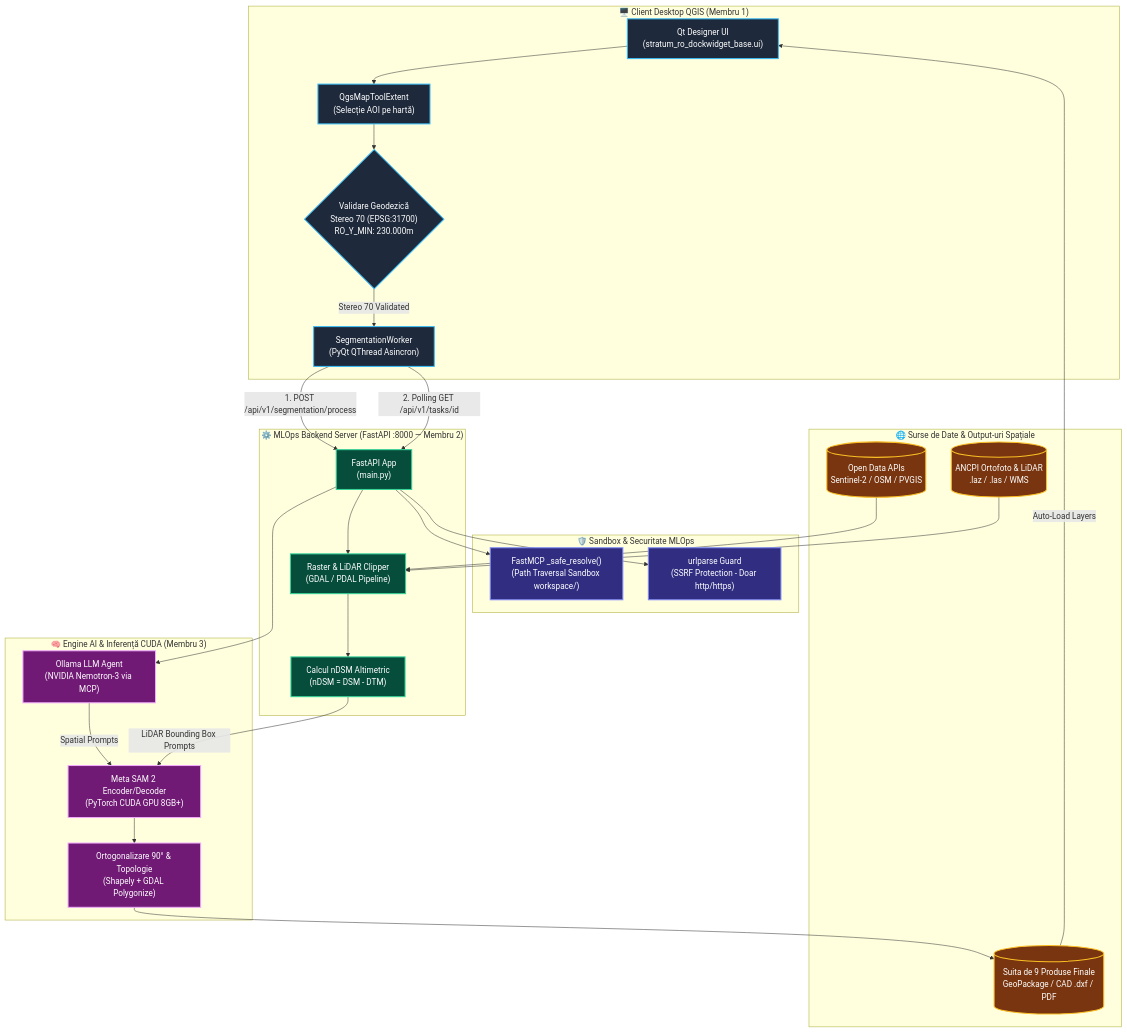
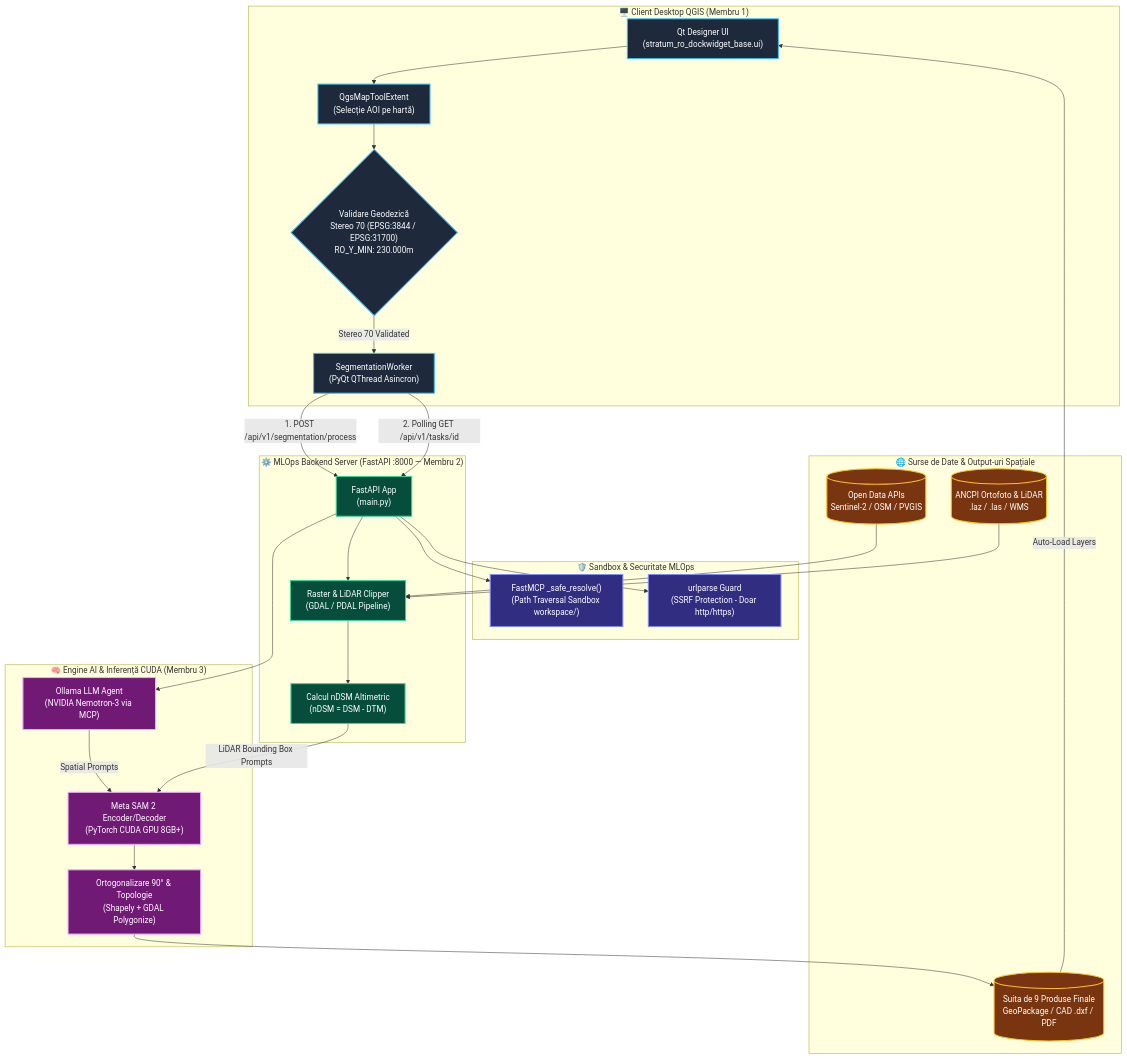
The first of 3 diagrams in docs/readme.md (lefterpatrickandrei-sketch/StratumRO-QGIS), drawn with Mermaid before and after one commit. The commit also changed other lines of this file, not shown here.

Commit message:
docs: actualizare diagrame, exemple cod, TOC si contract API pentru Stereo 70 dual si 3D Marea Neagra

````diff
--- a/docs/readme.md
+++ b/docs/readme.md
@@ -577,65 +589,65 @@
 ```mermaid
 flowchart TB
     classDef clientStyle fill:#1e293b,stroke:#38bdf8,stroke-width:2px,color:#fff;
     classDef mcpStyle fill:#312e81,stroke:#818cf8,stroke-width:2px,color:#fff;
     classDef backendStyle fill:#064e3b,stroke:#34d399,stroke-width:2px,color:#fff;
     classDef aiStyle fill:#701a75,stroke:#f0abfc,stroke-width:2px,color:#fff;
     classDef dbStyle fill:#78350f,stroke:#fbbf24,stroke-width:2px,color:#fff;
 
     subgraph CLIENT ["🖥️ Client Desktop QGIS (Membru 1)"]
         UI["Qt Designer UI<br/>(stratum_ro_dockwidget_base.ui)"]
         MapTool["QgsMapToolExtent<br/>(Selecție AOI pe hartă)"]
-        GeoCheck{"Validare Geodezică<br/>Stereo 70 (EPSG:31700)<br/>RO_Y_MIN: 230.000m"}
+        GeoCheck{"Validare Geodezică<br/>Stereo 70 (EPSG:3844 / EPSG:31700)<br/>RO_Y_MIN: 230.000m"}
         Worker["SegmentationWorker<br/>(PyQt QThread Asincron)"]
         
         UI --> MapTool
         MapTool --> GeoCheck
         GeoCheck -->|Stereo 70 Validated| Worker
     end
 
     subgraph SECURITY ["🛡️ Sandbox & Securitate MLOps"]
         SafeResolve["FastMCP _safe_resolve()<br/>(Path Traversal Sandbox workspace/)"]
         SSRFGuard["urlparse Guard<br/>(SSRF Protection - Doar http/https)"]
     end
 
     subgraph BACKEND ["⚙️ MLOps Backend Server (FastAPI :8000 — Membru 2)"]
         API["FastAPI App<br/>(main.py)"]
         Clipping["Raster & LiDAR Clipper<br/>(GDAL / PDAL Pipeline)"]
         nDSMCalc["Calcul nDSM Altimetric<br/>(nDSM = DSM - DTM)"]
         
         API --> Clipping
         Clipping --> nDSMCalc
     end
 
     subgraph AIENGINE ["🧠 Engine AI & Inferență CUDA (Membru 3)"]
         Ollama["Ollama LLM Agent<br/>(NVIDIA Nemotron-3 via MCP)"]
         SAM2["Meta SAM 2 Encoder/Decoder<br/>(PyTorch CUDA GPU 8GB+)"]
         Orthogonalizer["Ortogonalizare 90° & Topologie<br/>(Shapely + GDAL Polygonize)"]
         
         Ollama -->|Spatial Prompts| SAM2
         SAM2 --> Orthogonalizer
     end
 
     subgraph DATASTORES ["🌐 Surse de Date & Output-uri Spațiale"]
         OpenData[("Open Data APIs<br/>Sentinel-2 / OSM / PVGIS")]
         LAKI[("ANCPI Ortofoto & LiDAR<br/>.laz / .las / WMS")]
         Outputs[("Suita de 9 Produse Finale<br/>GeoPackage / CAD .dxf / PDF")]
     end
 
     Worker -->|1. POST /api/v1/segmentation/process| API
     Worker -->|2. Polling GET /api/v1/tasks/id| API
     API --> SafeResolve
     API --> SSRFGuard
     API --> Ollama
     nDSMCalc -->|LiDAR Bounding Box Prompts| SAM2
     Orthogonalizer --> Outputs
     Outputs -->|Auto-Load Layers| UI
     OpenData --> Clipping
     LAKI --> Clipping
 
     class UI,MapTool,GeoCheck,Worker clientStyle;
     class SafeResolve,SSRFGuard mcpStyle;
     class API,Clipping,nDSMCalc backendStyle;
     class Ollama,SAM2,Orthogonalizer aiStyle;
     class OpenData,LAKI,Outputs dbStyle;
 ```
````
